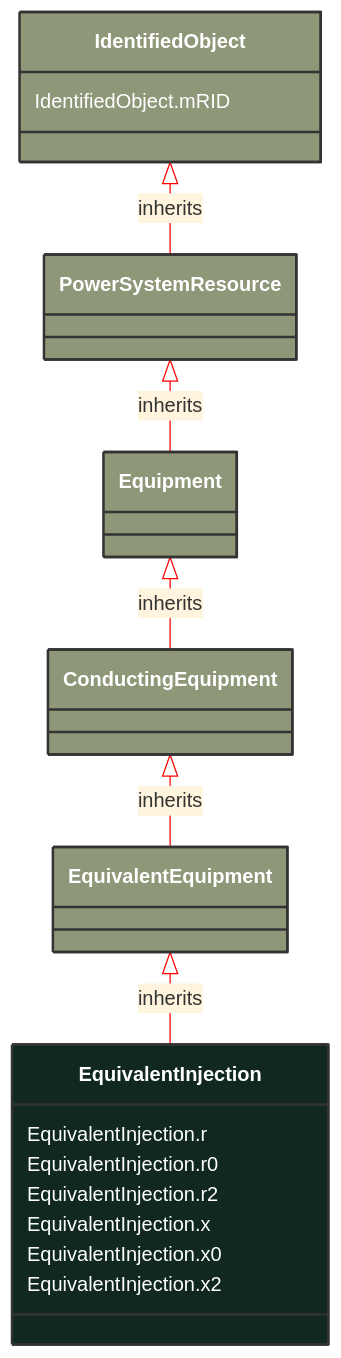
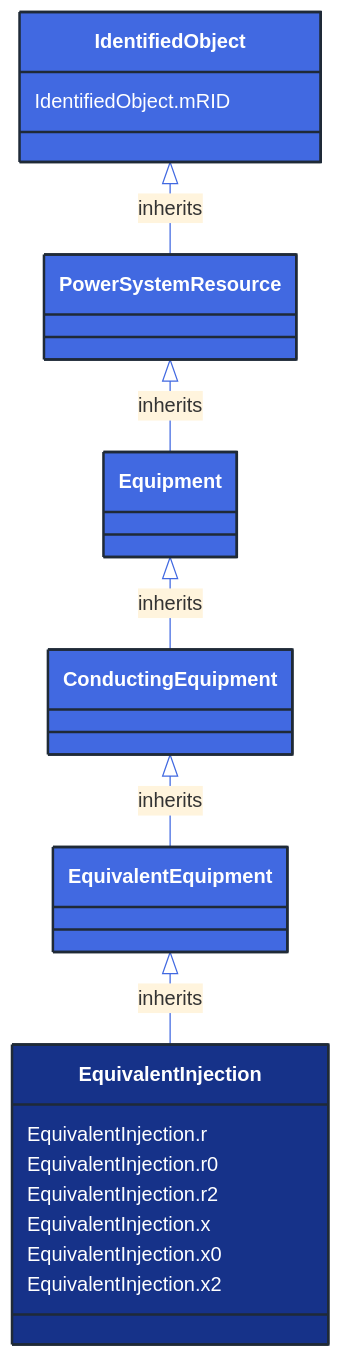
One commit to 3lbits/NoCIMExtensions changed the diagram in docs/Models/Profiles/ShortCircuit/ConcreteClasses/EquivalentInjection.md. Above: the diagram before and after it, drawn with Mermaid. The commit also changed 362 other files, not shown here.

First line of the commit message:
Update diagrams and styles for improved visual consistency

````diff
--- a/docs/Models/Profiles/ShortCircuit/ConcreteClasses/EquivalentInjection.md
+++ b/docs/Models/Profiles/ShortCircuit/ConcreteClasses/EquivalentInjection.md
@@ -8,37 +8,37 @@
 ```mermaid
-%%{init: {'theme':'base','themeVariables': {'lineColor': '#FF0000'}}}%%
+%%{init: {'theme':'base','themeVariables': {'lineColor': '#4169E1'}}}%%
 classDiagram
     class EquivalentInjection
     click EquivalentInjection href "/Models/Profiles/ShortCircuit/ConcreteClasses/EquivalentInjection/"
-    style EquivalentInjection fill:#102820,stroke:#333,stroke-width:2px,rx:10,ry:10,color:white
+    style EquivalentInjection fill:#163289,stroke:#1F2A37,stroke-width:2px,rx:10,ry:10,color:white
      
         EquivalentEquipment <|-- EquivalentInjection : inherits
             click EquivalentEquipment href "/Models/Profiles/ShortCircuit/AbstractClasses/EquivalentEquipment/"
-            style EquivalentEquipment fill:#8F9779,stroke:#333,stroke-width:2px,rx:10,ry:10,color:white
+            style EquivalentEquipment fill:#4169E1,stroke:#1F2A37,stroke-width:2px,rx:10,ry:10,color:white
      
         ConductingEquipment <|-- EquivalentEquipment : inherits
             click ConductingEquipment href "/Models/Profiles/ShortCircuit/AbstractClasses/ConductingEquipment/"
-            style ConductingEquipment fill:#8F9779,stroke:#333,stroke-width:2px,rx:10,ry:10,color:white
+            style ConductingEquipment fill:#4169E1,stroke:#1F2A37,stroke-width:2px,rx:10,ry:10,color:white
      
         Equipment <|-- ConductingEquipment : inherits
             click Equipment href "/Models/Profiles/ShortCircuit/AbstractClasses/Equipment/"
-            style Equipment fill:#8F9779,stroke:#333,stroke-width:2px,rx:10,ry:10,color:white
+            style Equipment fill:#4169E1,stroke:#1F2A37,stroke-width:2px,rx:10,ry:10,color:white
      
         PowerSystemResource <|-- Equipment : inherits
             click PowerSystemResource href "/Models/Profiles/ShortCircuit/AbstractClasses/PowerSystemResource/"
-            style PowerSystemResource fill:#8F9779,stroke:#333,stroke-width:2px,rx:10,ry:10,color:white
+            style PowerSystemResource fill:#4169E1,stroke:#1F2A37,stroke-width:2px,rx:10,ry:10,color:white
      
         IdentifiedObject <|-- PowerSystemResource : inherits
             click IdentifiedObject href "/Models/Profiles/ShortCircuit/AbstractClasses/IdentifiedObject/"
-            style IdentifiedObject fill:#8F9779,stroke:#333,stroke-width:2px,rx:10,ry:10,color:white
+            style IdentifiedObject fill:#4169E1,stroke:#1F2A37,stroke-width:2px,rx:10,ry:10,color:white
 
 
 
         EquivalentInjection : EquivalentInjection.r
         EquivalentInjection : EquivalentInjection.r0
         EquivalentInjection : EquivalentInjection.r2
         EquivalentInjection : EquivalentInjection.x
         EquivalentInjection : EquivalentInjection.x0
         EquivalentInjection : EquivalentInjection.x2
         IdentifiedObject : IdentifiedObject.mRID
 ```
````
